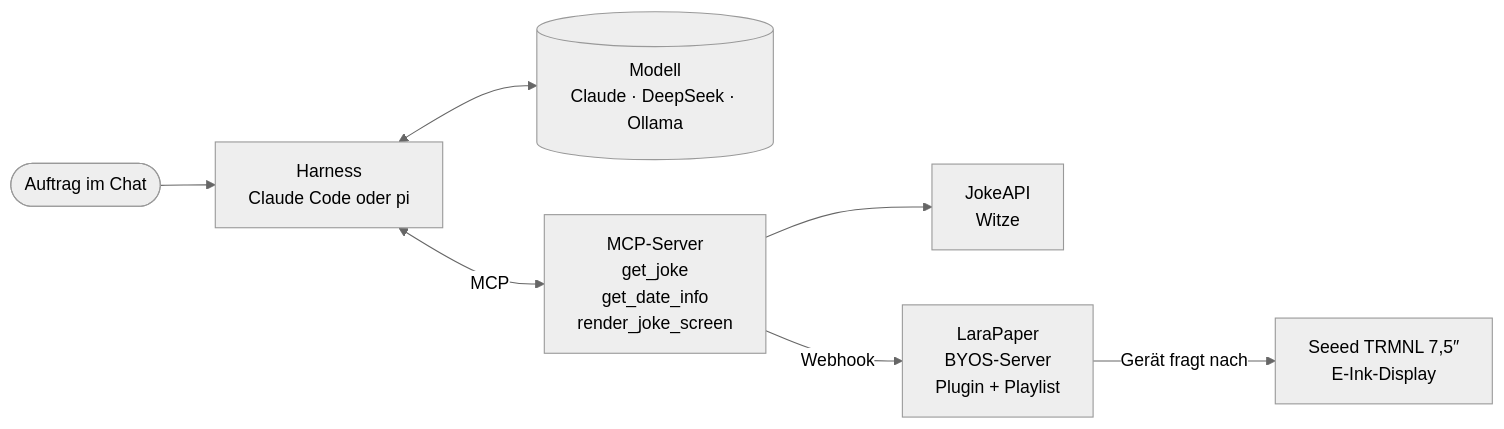
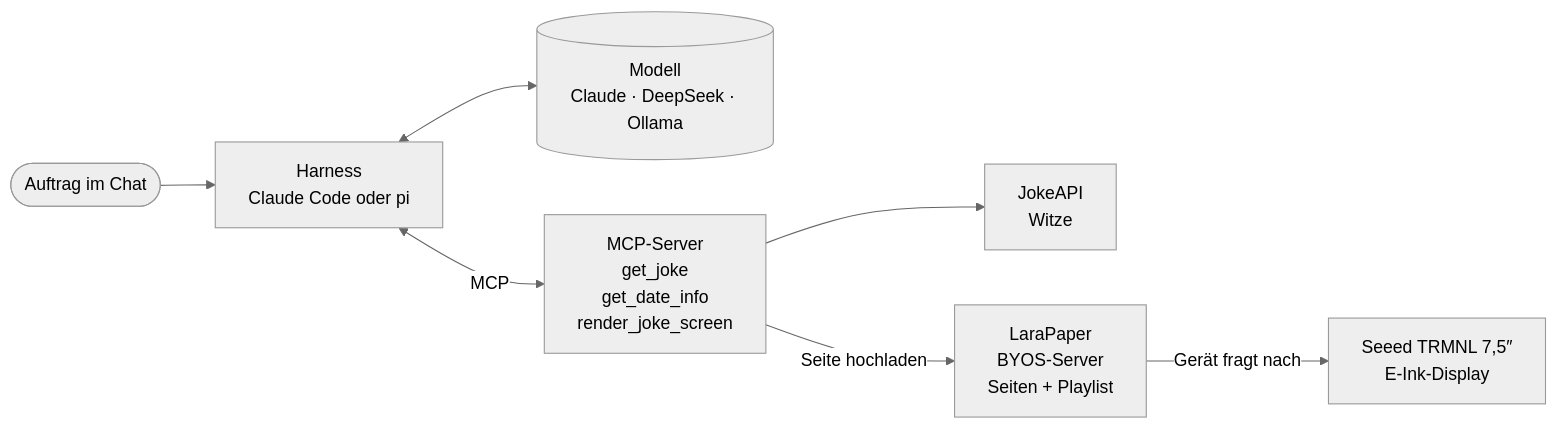
Before and after one commit to Stiriacus/TRMNL-MCP: the diagram in docs-guide/index.md, drawn with Mermaid (neutral theme). The commit also changed other lines of this file and 7 other files, not shown here.

Commit message:
Guide: alle Seiten auf Seiten-Upload in LaraPaper umgestellt, neuer Akt 'Fehler gezielt korrigieren'

````diff
--- a/docs-guide/index.md
+++ b/docs-guide/index.md
@@ -57,9 +57,9 @@
 ```mermaid
 flowchart LR
     U([Auftrag im Chat]) --> H[Harness<br/>Claude Code oder pi]
     H <--> M[(Modell<br/>Claude · DeepSeek · Ollama)]
     H <-->|MCP| S[MCP-Server<br/>get_joke<br/>get_date_info<br/>render_joke_screen]
     S --> W[JokeAPI<br/>Witze]
-    S -->|Webhook| B[LaraPaper<br/>BYOS-Server<br/>Plugin + Playlist]
+    S -->|Seite hochladen| B[LaraPaper<br/>BYOS-Server<br/>Seiten + Playlist]
     B -->|Gerät fragt nach| D[Seeed TRMNL 7,5″<br/>E-Ink-Display]
 ```
````
